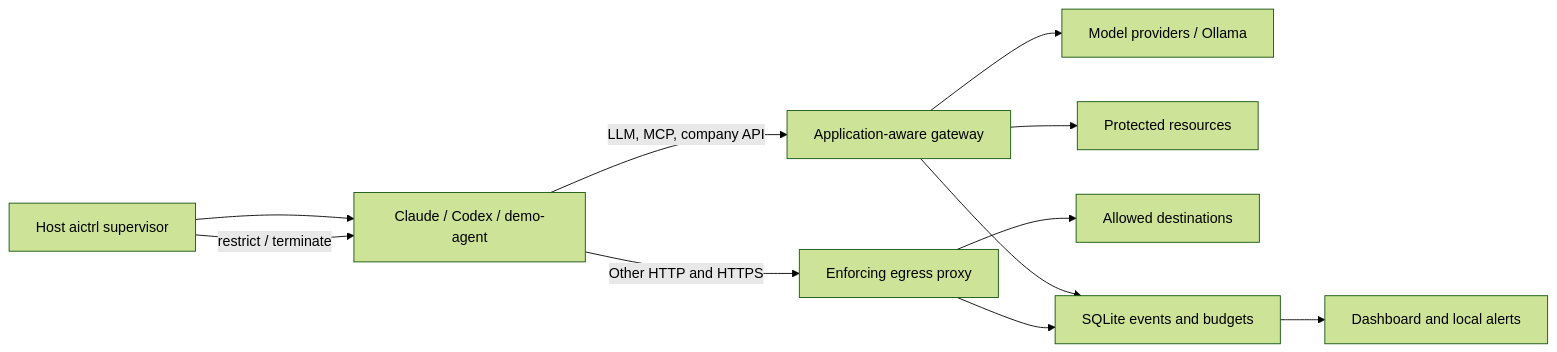
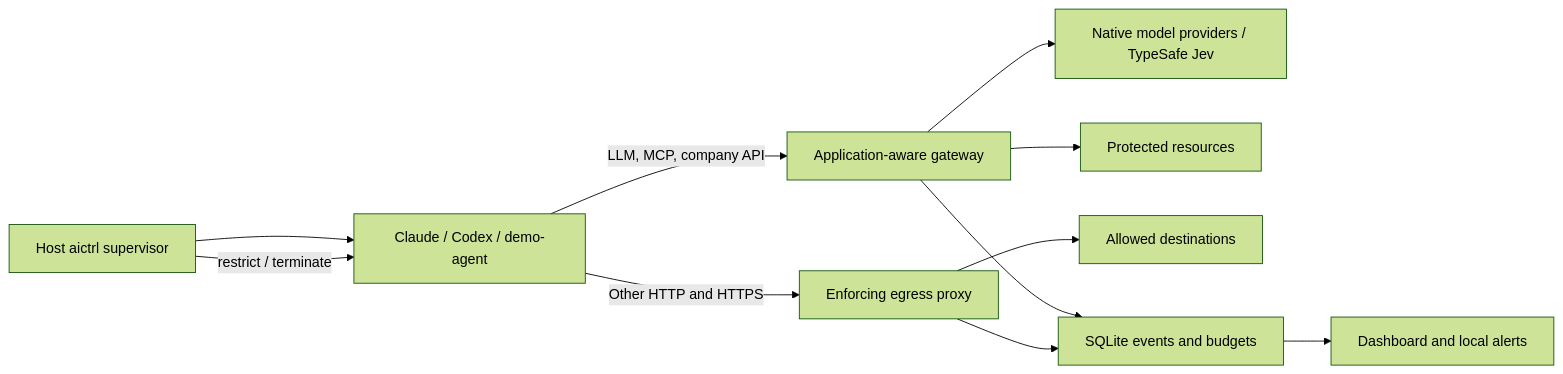
One commit to dmitrykitty/ai-ctrl changed the diagram in plan.md. Above: the diagram before and after it, drawn with Mermaid (forest theme). The commit also changed other lines of this file and 8 other files, not shown here.

````diff
--- a/plan.md
+++ b/plan.md
@@ -87,13 +95,13 @@
 ```mermaid
 flowchart LR
     CLI[Host aictrl supervisor] --> Agent[Claude / Codex / demo-agent]
     Agent -->|LLM, MCP, company API| Gateway[Application-aware gateway]
     Agent -->|Other HTTP and HTTPS| Proxy[Enforcing egress proxy]
-    Gateway --> Providers[Model providers / Ollama]
+    Gateway --> Providers[Native model providers / TypeSafe Jev]
     Gateway --> Resources[Protected resources]
     Proxy --> Allowed[Allowed destinations]
     Gateway --> Events[SQLite events and budgets]
     Proxy --> Events
     Events --> Dashboard[Dashboard and local alerts]
     CLI -->|restrict / terminate| Agent
 ```
````
